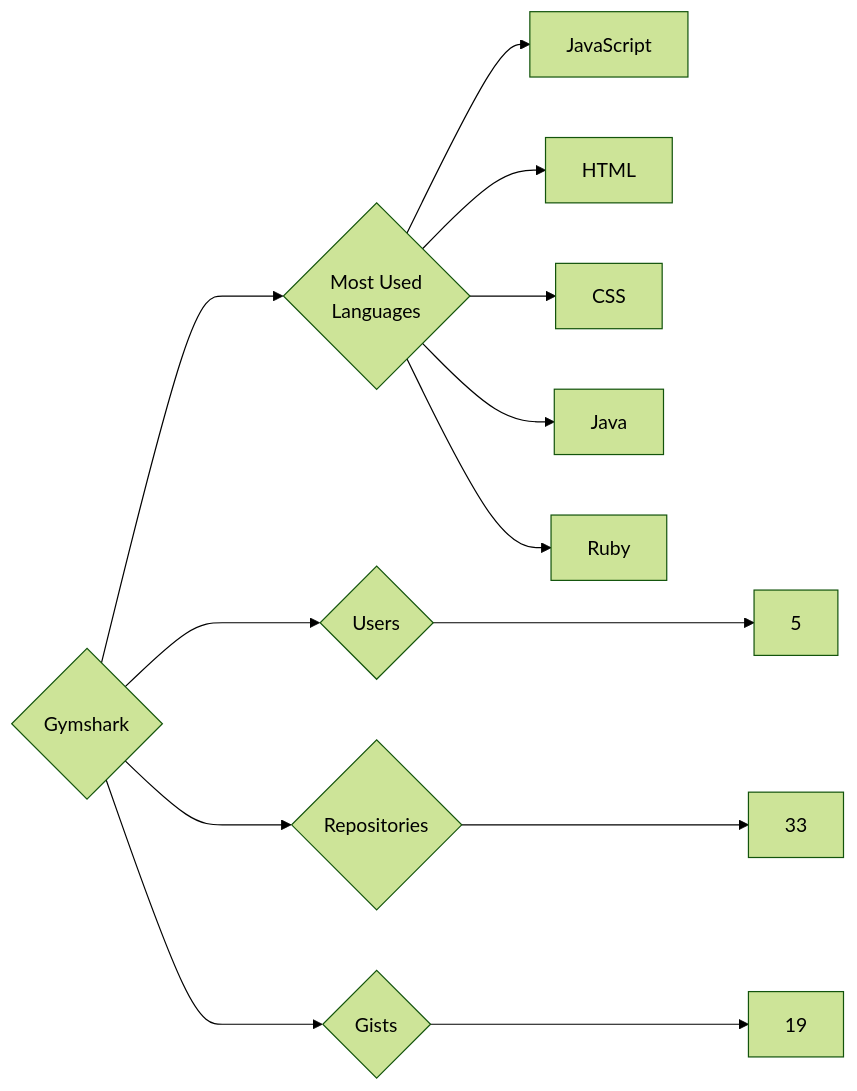
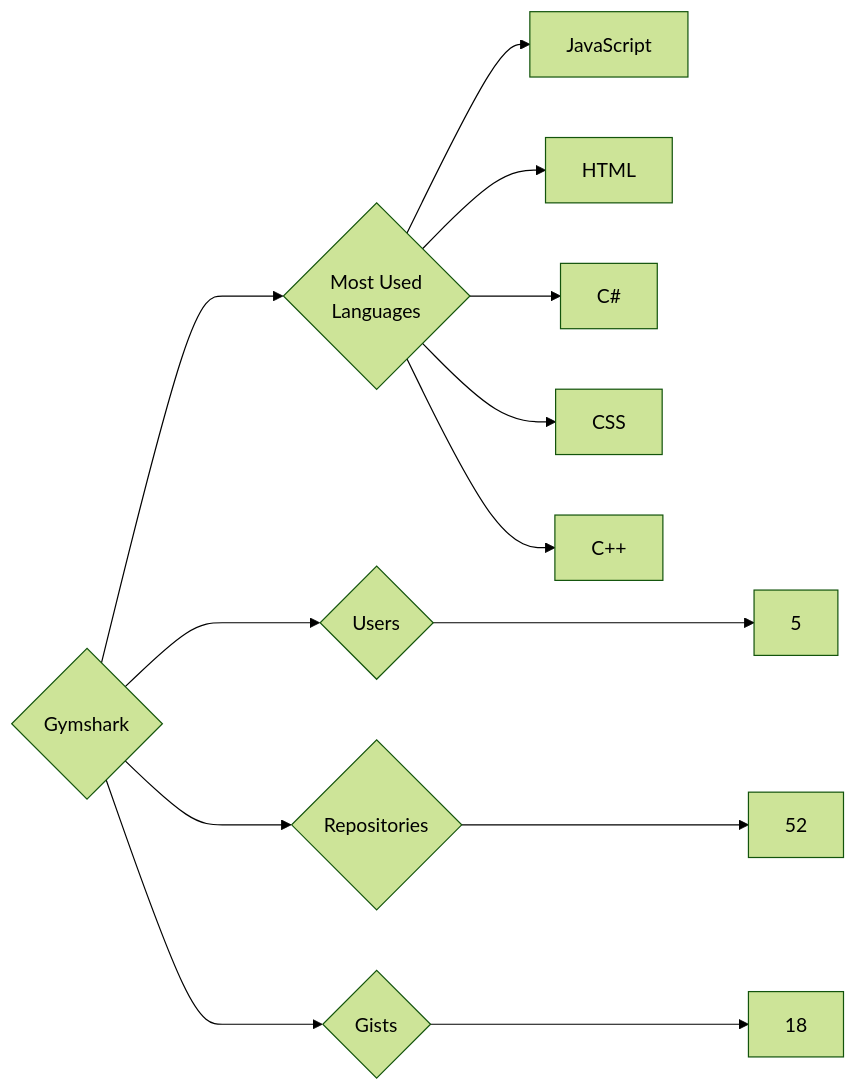
Before and after one commit to trickest/insiders: the diagram in targets/Gymshark/README.md, drawn with Mermaid (forest theme). The commit also changed 1030 other files, not shown here.

````diff
--- a/targets/Gymshark/README.md
+++ b/targets/Gymshark/README.md
@@ -3,13 +3,13 @@
 ```mermaid
 graph LR
 COMPANY_NAME{Gymshark}
 COMPANY_NAME ---> U{Users} ---> UN[5]
-COMPANY_NAME ---> R{Repositories} ---> RN[33]
-COMPANY_NAME ---> G{Gists} ---> GN[19]
+COMPANY_NAME ---> R{Repositories} ---> RN[52]
+COMPANY_NAME ---> G{Gists} ---> GN[18]
 COMPANY_NAME ---> ML{Most Used<br>Languages}
 ML --> JavaScript[JavaScript]
 ML --> HTML[HTML]
+ML --> C#[C#]
 ML --> CSS[CSS]
-ML --> Java[Java]
-ML --> Ruby[Ruby]
+ML --> C++[C++]
 ```
````
